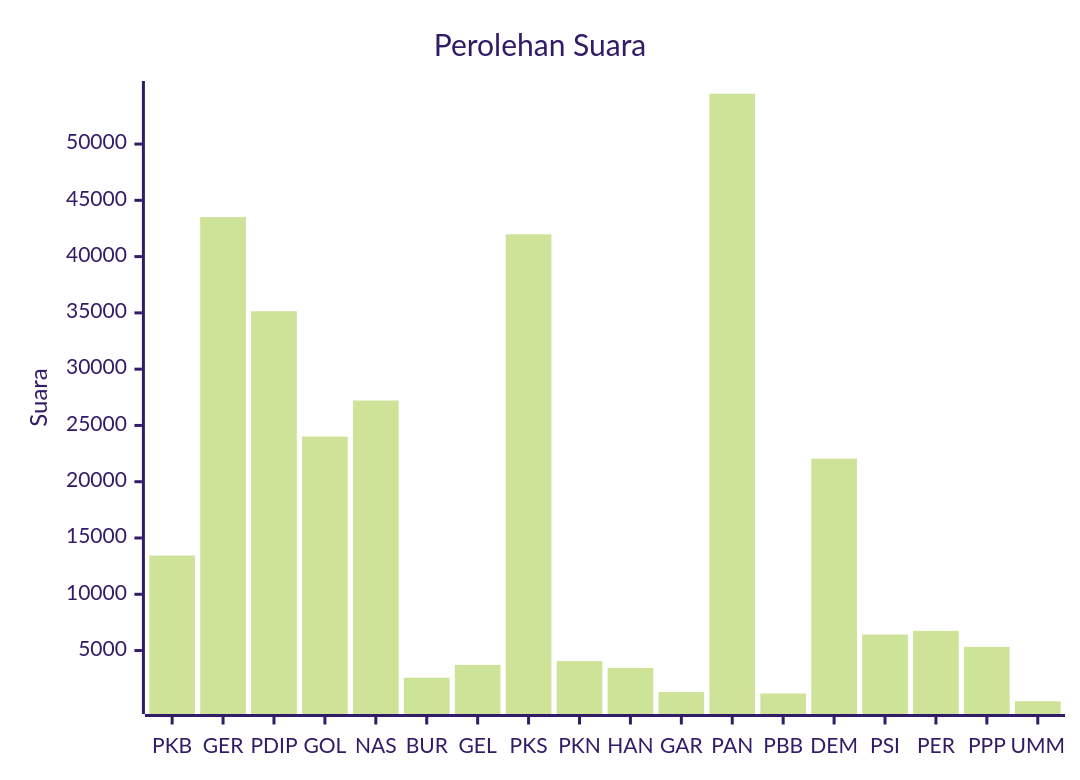
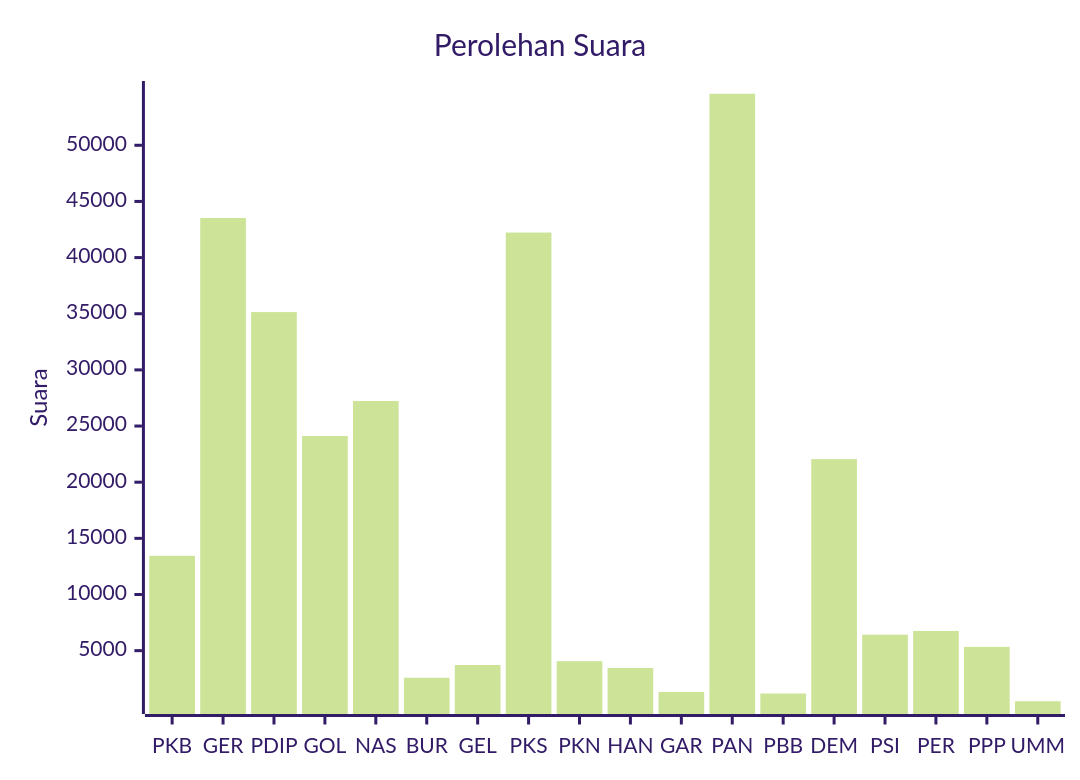
One commit to gigit-pemilu/pemilu-2024 changed the diagram in pileg-dpr/hitung-suara/sub/table-wilayah-81.md. Above: the diagram before and after it, drawn with Mermaid (forest theme). The commit also changed other lines of this file and 24 other files, not shown here.

````diff
--- a/pileg-dpr/hitung-suara/sub/table-wilayah-81.md
+++ b/pileg-dpr/hitung-suara/sub/table-wilayah-81.md
@@ -7,7 +7,7 @@
 ```mermaid
 xychart-beta
     title "Perolehan Suara"
     x-axis [PKB, GER, PDIP, GOL, NAS, BUR, GEL, PKS, PKN, HAN, GAR, PAN, PBB, DEM, PSI, PER, PPP, UMM]
     y-axis "Suara"
-    bar [13444, 43508, 35145, 24010, 27215, 2586, 3722, 41983, 4063, 3455, 1317, 54469, 1184, 22048, 6421, 6749, 5328, 495]
+    bar [13448, 43524, 35147, 24109, 27233, 2589, 3724, 42229, 4063, 3462, 1317, 54588, 1185, 22054, 6425, 6751, 5337, 495]
 ```
````
